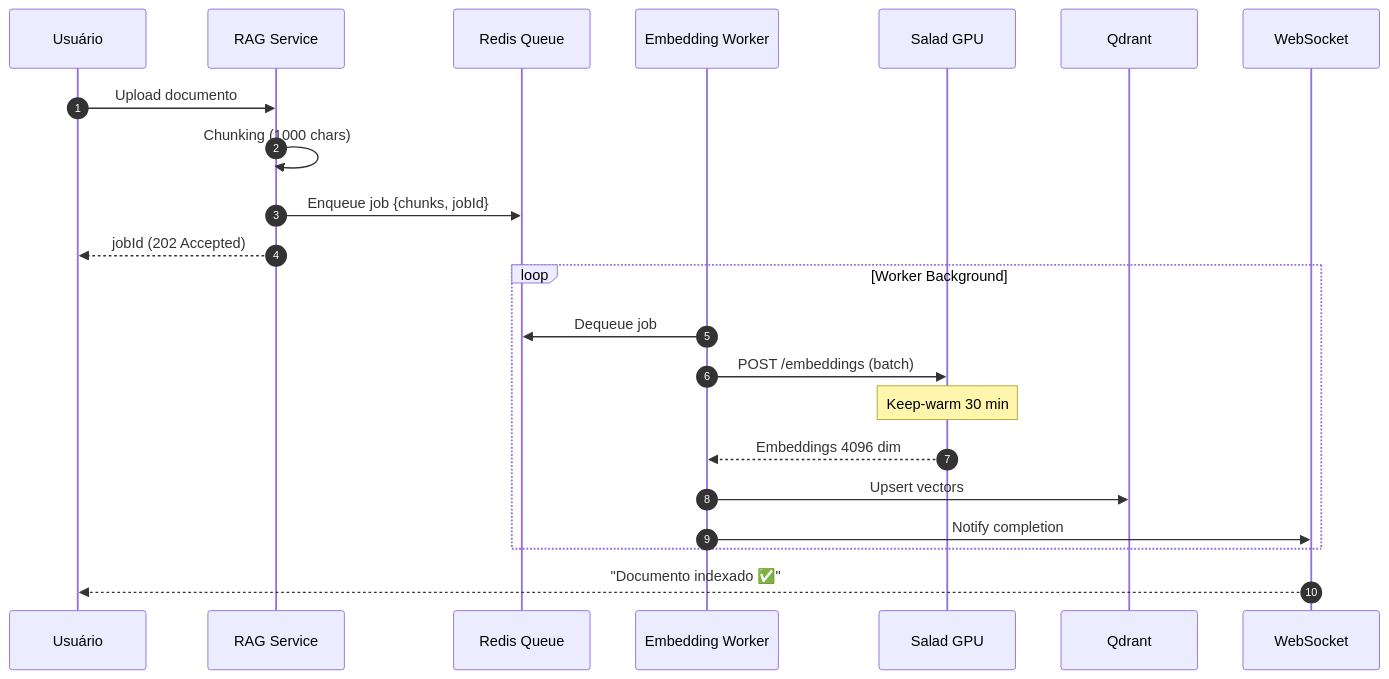
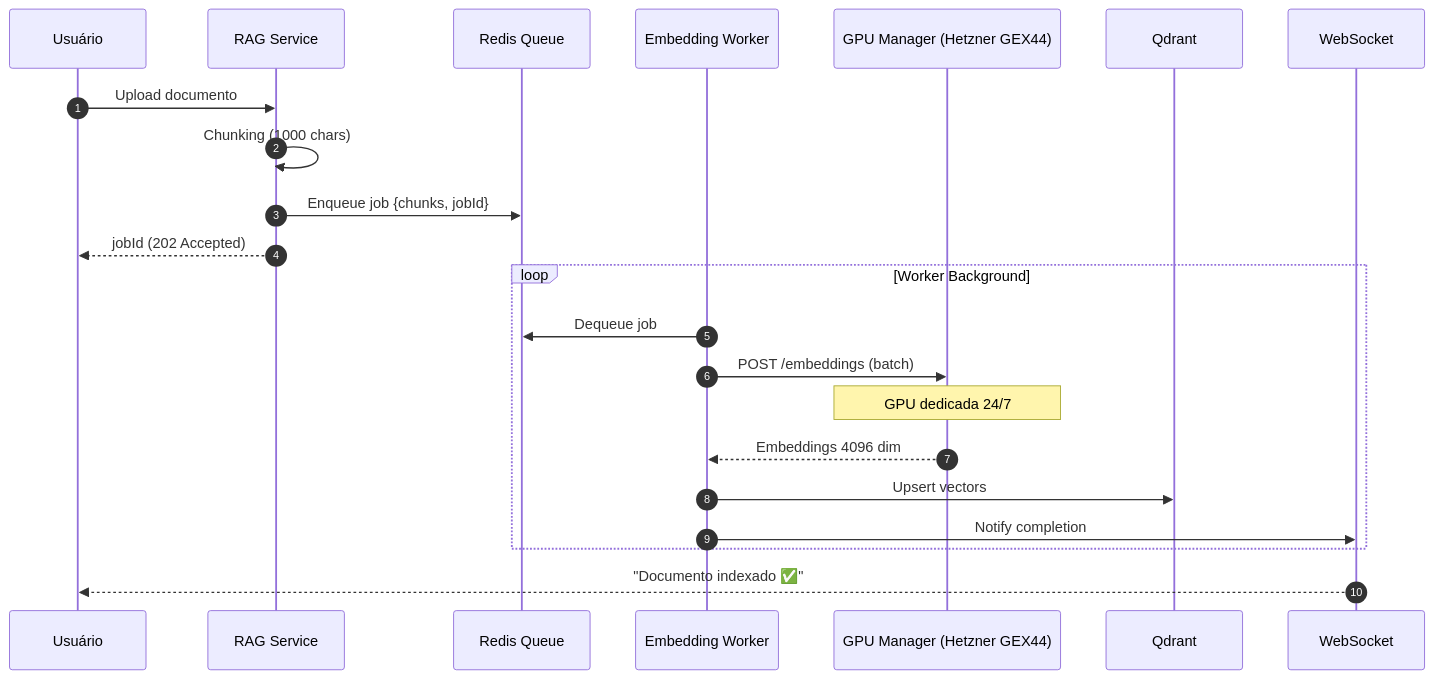
The eighth of 13 diagrams in docs/ARQUITETURA.md (fillipeguerrabtc/alice), drawn with Mermaid before and after one commit. The commit also changed other lines of this file and 57 other files, not shown here.

First line of the commit message:
refactor: GPU dedicated 24/7 architecture - remove Salad Cloud and warm-on-demand

````diff
--- a/docs/ARQUITETURA.md
+++ b/docs/ARQUITETURA.md
@@ -394,27 +394,27 @@
 ```mermaid
 sequenceDiagram
     autonumber
     participant U as Usuário
     participant RAG as RAG Service
     participant Queue as Redis Queue
     participant Worker as Embedding Worker
-    participant GPU as Salad GPU
+    participant GPU as GPU Manager (Hetzner GEX44)
     participant Qdrant as Qdrant
     participant WS as WebSocket
     
     U->>RAG: Upload documento
     RAG->>RAG: Chunking (1000 chars)
     RAG->>Queue: Enqueue job {chunks, jobId}
     RAG-->>U: jobId (202 Accepted)
     
     loop Worker Background
         Worker->>Queue: Dequeue job
         Worker->>GPU: POST /embeddings (batch)
-        Note over GPU: Keep-warm 30 min
+        Note over GPU: GPU dedicada 24/7
         GPU-->>Worker: Embeddings 4096 dim
         Worker->>Qdrant: Upsert vectors
         Worker->>WS: Notify completion
     end
     
     WS-->>U: "Documento indexado ✅"
 ```
````
